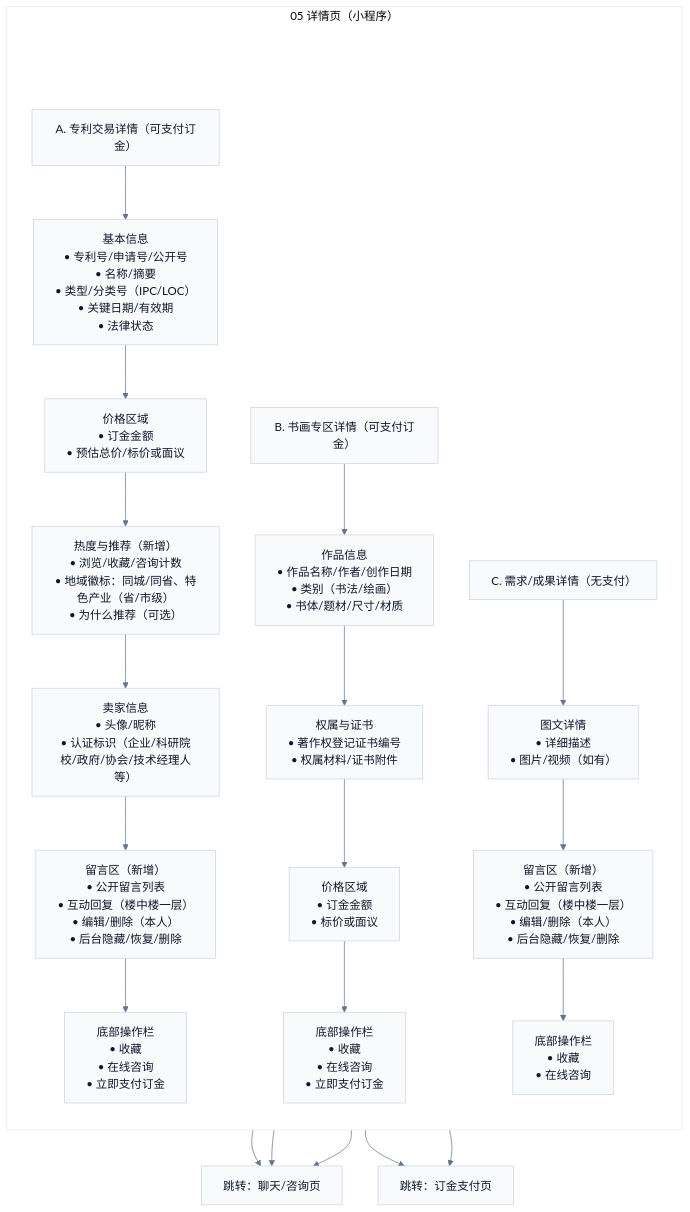
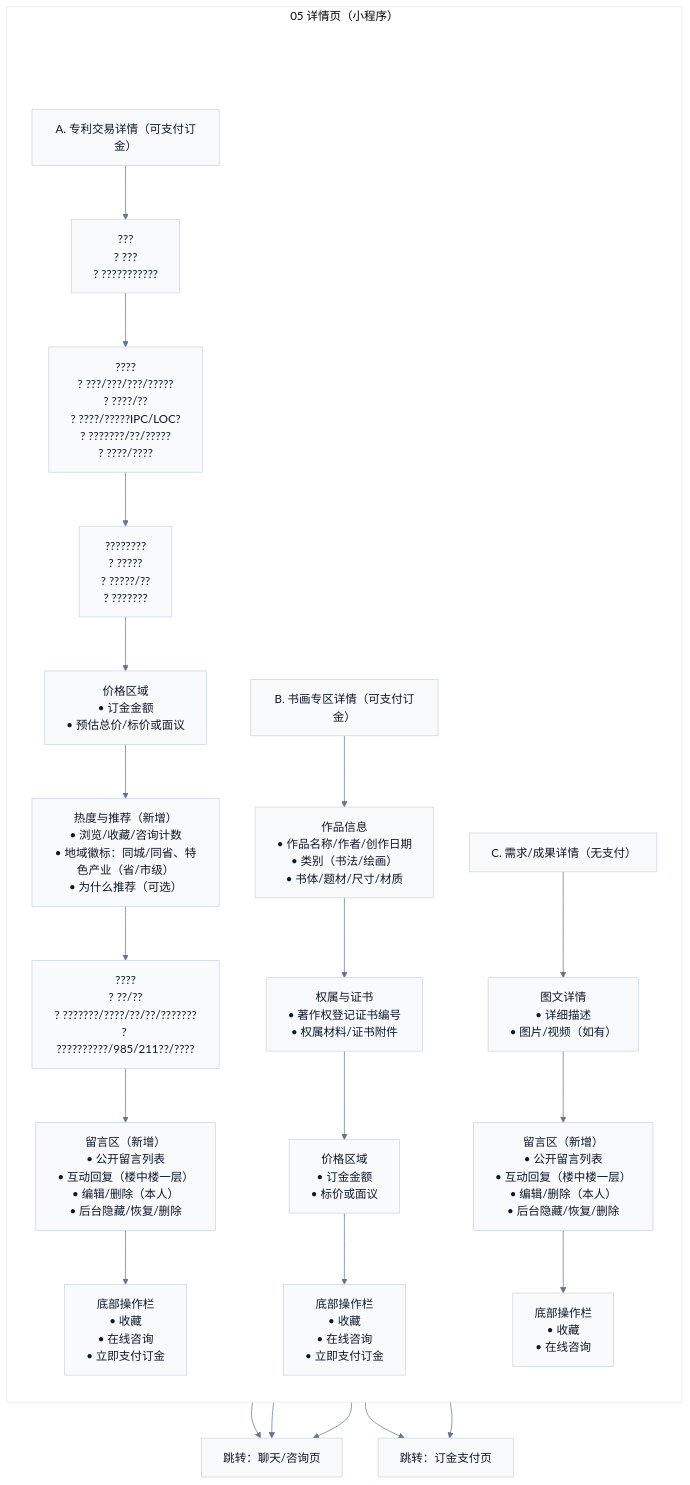
One commit to Ming-1984/Ipmoney changed the diagram in docs/demo/pages/miniapp/05-detail.mmd. Above: the diagram before and after it, drawn with Mermaid. The commit also changed 378 other files, not shown here.

```diff
--- a/docs/demo/pages/miniapp/05-detail.mmd
+++ b/docs/demo/pages/miniapp/05-detail.mmd
@@ -1,44 +1,45 @@
 %%{init: {'theme':'base','flowchart': {'htmlLabels': true},'themeVariables': {'fontFamily': 'Inter, Microsoft YaHei, sans-serif','lineColor':'#64748B','primaryTextColor':'#0F172A','primaryBorderColor':'#CBD5E1','primaryColor':'#F8FAFC'}}}%%
 flowchart TB
   subgraph P["05 详情页（小程序）"]
     direction TB
     Pad[" "]:::pad
 
     TitleA["A. 专利交易详情（可支付订金）"]:::section
-    Info["基本信息<br/>• 专利号/申请号/公开号<br/>• 名称/摘要<br/>• 类型/分类号（IPC/LOC）<br/>• 关键日期/有效期<br/>• 法律状态"]
+    Media["???<br/>? ???<br/>? ???????????"]
+    Info["????<br/>? ???/???/???/?????<br/>? ????/??<br/>? ????/?????IPC/LOC?<br/>? ???????/??/?????<br/>? ????/????"]
+    Spec["????????<br/>? ?????<br/>? ?????/??<br/>? ???????"]
     Price["价格区域<br/>• 订金金额<br/>• 预估总价/标价或面议"]
     Stats["热度与推荐（新增）<br/>• 浏览/收藏/咨询计数<br/>• 地域徽标：同城/同省、特色产业（省/市级）<br/>• 为什么推荐（可选）"]
-    Seller["卖家信息<br/>• 头像/昵称<br/>• 认证标识（企业/科研院校/政府/协会/技术经理人等）"]
+    Seller["????<br/>? ??/??<br/>? ???????/????/??/??/???????<br/>? ??????????/985/211??/????"]
     Comments["留言区（新增）<br/>• 公开留言列表<br/>• 互动回复（楼中楼一层）<br/>• 编辑/删除（本人）<br/>• 后台隐藏/恢复/删除"]
     Actions["底部操作栏<br/>• 收藏<br/>• 在线咨询<br/>• 立即支付订金"]
 
     TitleB["B. 书画专区详情（可支付订金）"]:::section
     ArtInfo["作品信息<br/>• 作品名称/作者/创作日期<br/>• 类别（书法/绘画）<br/>• 书体/题材/尺寸/材质"]
     ArtCert["权属与证书<br/>• 著作权登记证书编号<br/>• 权属材料/证书附件"]
     ArtPrice["价格区域<br/>• 订金金额<br/>• 标价或面议"]
     ArtActions["底部操作栏<br/>• 收藏<br/>• 在线咨询<br/>• 立即支付订金"]
 
     TitleC["C. 需求/成果详情（无支付）"]:::section
     Content["图文详情<br/>• 详细描述<br/>• 图片/视频（如有）"]
     Comments2["留言区（新增）<br/>• 公开留言列表<br/>• 互动回复（楼中楼一层）<br/>• 编辑/删除（本人）<br/>• 后台隐藏/恢复/删除"]
     Actions2["底部操作栏<br/>• 收藏<br/>• 在线咨询"]
 
     Pad --> TitleA
-    TitleA --> Info
-    Info --> Price --> Stats --> Seller --> Comments --> Actions
+    TitleA --> Media --> Info --> Spec --> Price --> Stats --> Seller --> Comments --> Actions
 
     TitleB --> ArtInfo --> ArtCert --> ArtPrice --> ArtActions
     TitleC --> Content --> Comments2 --> Actions2
   end
 
   Msg["跳转：聊天/咨询页"]
   Checkout["跳转：订金支付页"]
   Actions --> Msg
   Actions --> Checkout
   ArtActions --> Msg
   ArtActions --> Checkout
   Actions2 --> Msg
 
   classDef pad fill:transparent,stroke:transparent,color:transparent;
   classDef section fill:#F8FAFC,stroke:#CBD5E1,color:#0F172A;
   linkStyle 0 stroke:transparent,fill:transparent;
```
